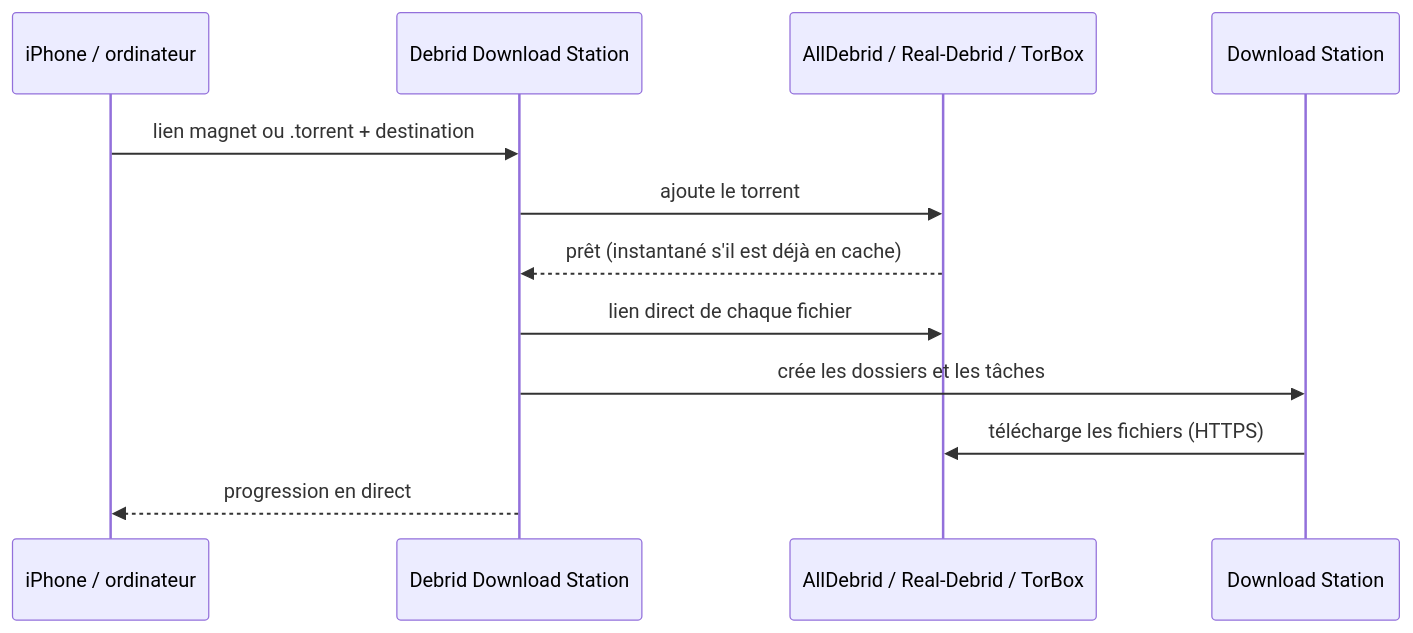
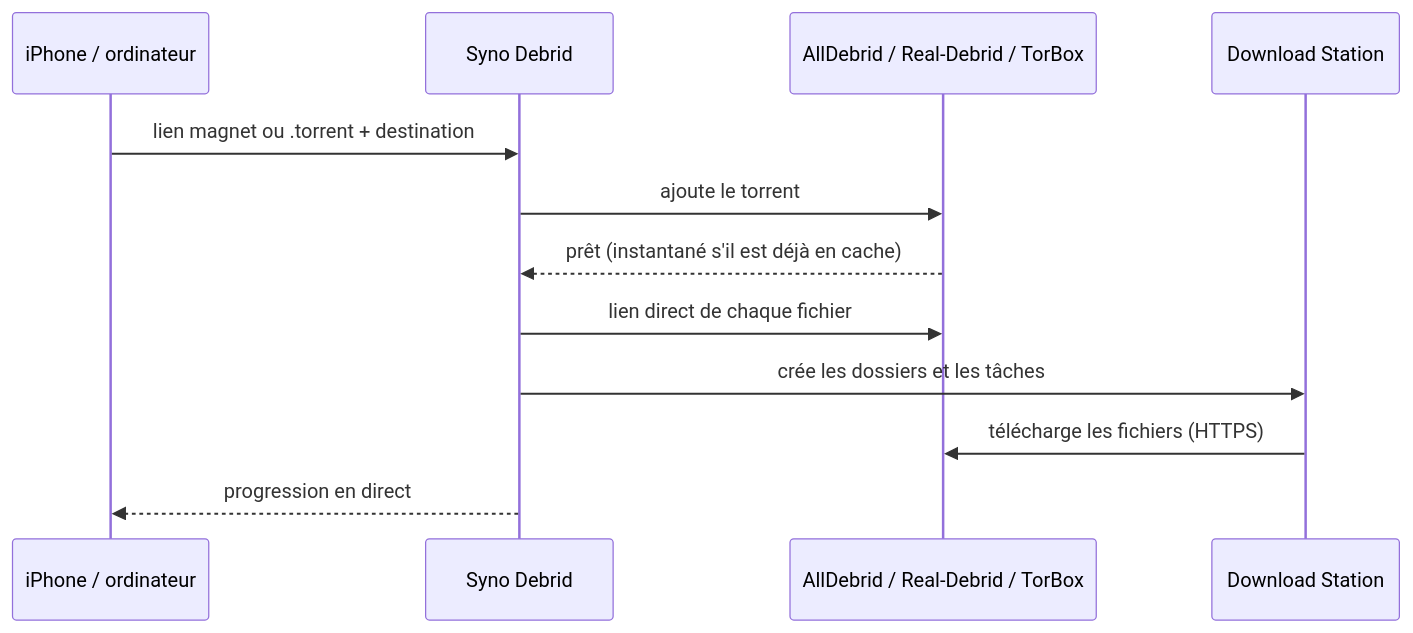
Before and after one commit to piitaya/debrid-download-station: the diagram in README.md, drawn with Mermaid. The commit also changed other lines of this file and 16 other files, not shown here.

First line of the commit message:
Rename the app to Syno Debrid

````diff
--- a/README.md
+++ b/README.md
@@ -57,14 +57,14 @@
 ```mermaid
 sequenceDiagram
     participant Vous as iPhone / ordinateur
-    participant App as Debrid Download Station
+    participant App as Syno Debrid
     participant Debrid as AllDebrid / Real-Debrid / TorBox
     participant DS as Download Station
     Vous->>App: lien magnet ou .torrent + destination
     App->>Debrid: ajoute le torrent
     Debrid-->>App: prêt (instantané s'il est déjà en cache)
     App->>Debrid: lien direct de chaque fichier
     App->>DS: crée les dossiers et les tâches
     DS->>Debrid: télécharge les fichiers (HTTPS)
     App-->>Vous: progression en direct
 ```
````
